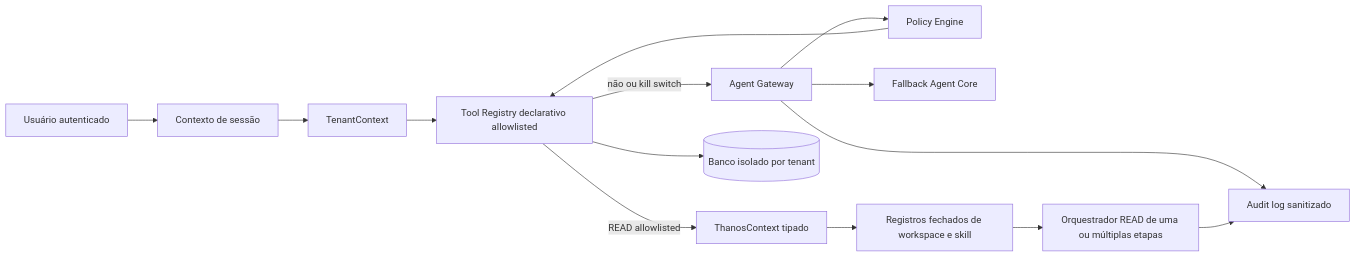
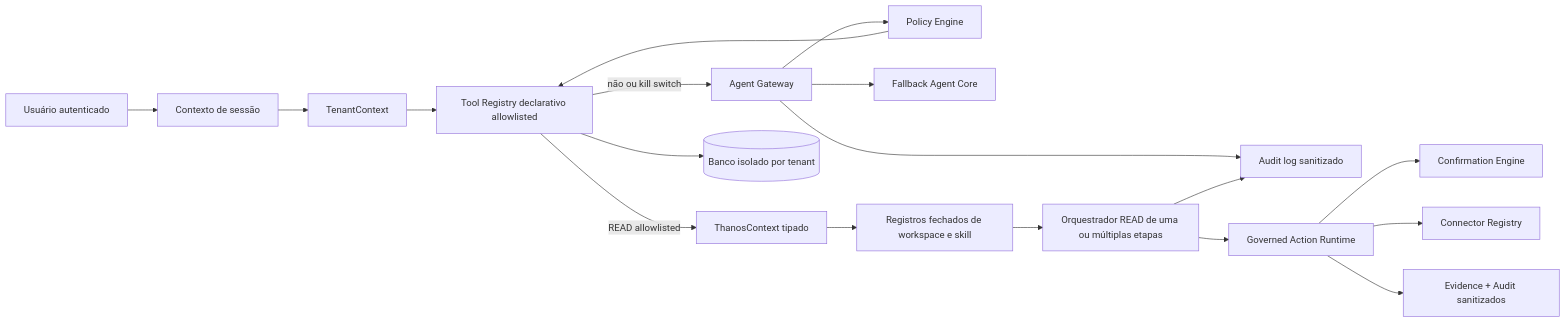
One commit to REGINALDO-45/pastoral-agent-platform changed the diagram in ARCHITECTURE_BASELINE.md. Above: the diagram before and after it, drawn with Mermaid. The commit also changed other lines of this file and 5 other files, not shown here.

Commit message:
docs(thanos): record governed action runtime

````diff
--- a/ARCHITECTURE_BASELINE.md
+++ b/ARCHITECTURE_BASELINE.md
@@ -32,16 +33,20 @@
 ```mermaid
 flowchart LR
   U[Usuário autenticado] --> C[Contexto de sessão]
   C --> T[TenantContext]
   T --> R{Piloto THÁNOS elegível?}
   R -->|não ou kill switch| G[Agent Gateway]
   R -->|READ allowlisted| X[ThanosContext tipado]
   G --> P[Policy Engine]
   P --> R[Tool Registry declarativo allowlisted]
   G --> F[Fallback Agent Core]
   R --> DB[(Banco isolado por tenant)]
   G --> A[Audit log sanitizado]
   X --> W[Registros fechados de workspace e skill]
   W --> O[Orquestrador READ de uma ou múltiplas etapas]
   O --> A
+  O --> AR[Governed Action Runtime]
+  AR --> CNG[Confirmation Engine]
+  AR --> CR[Connector Registry]
+  AR --> EV[Evidence + Audit sanitizados]
 ```
````
